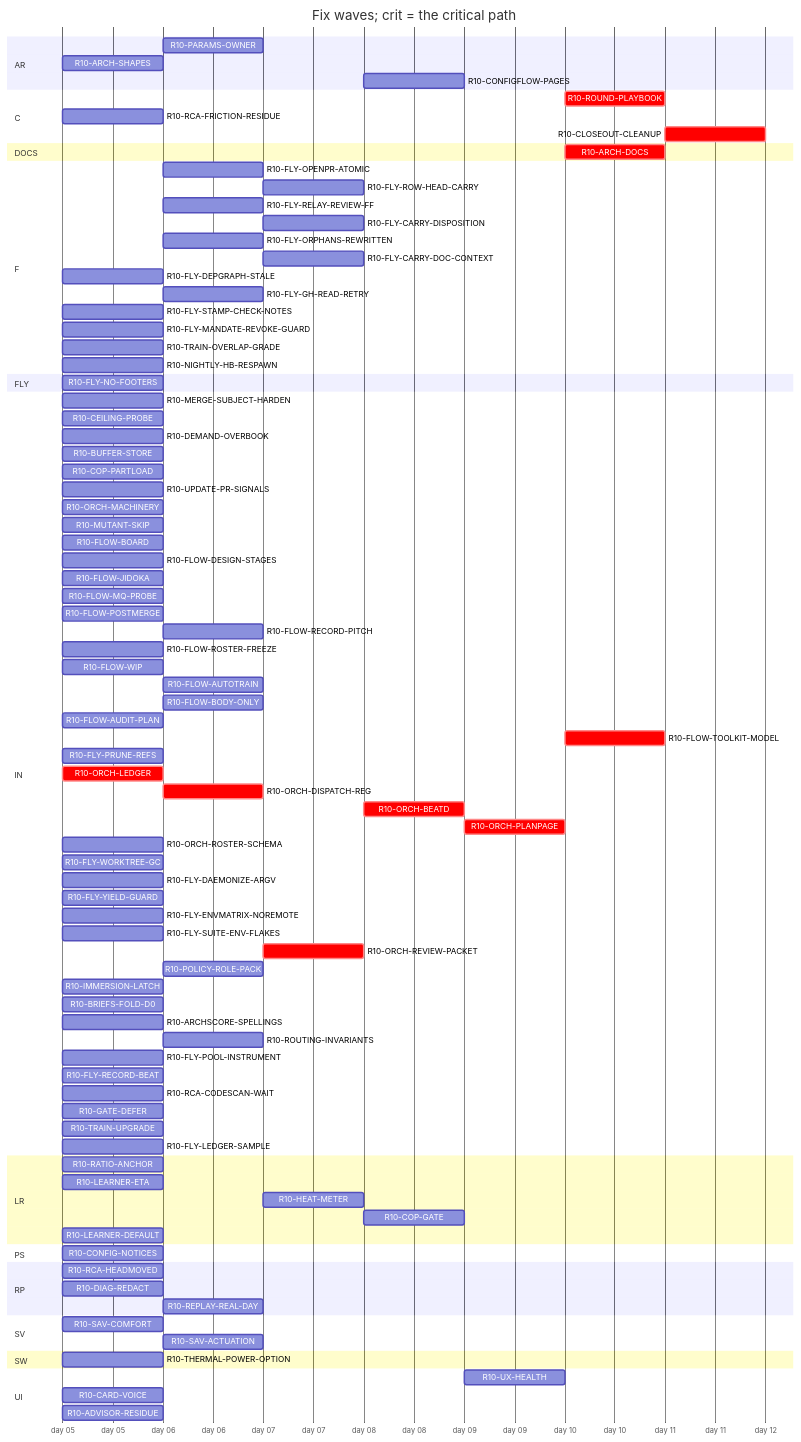
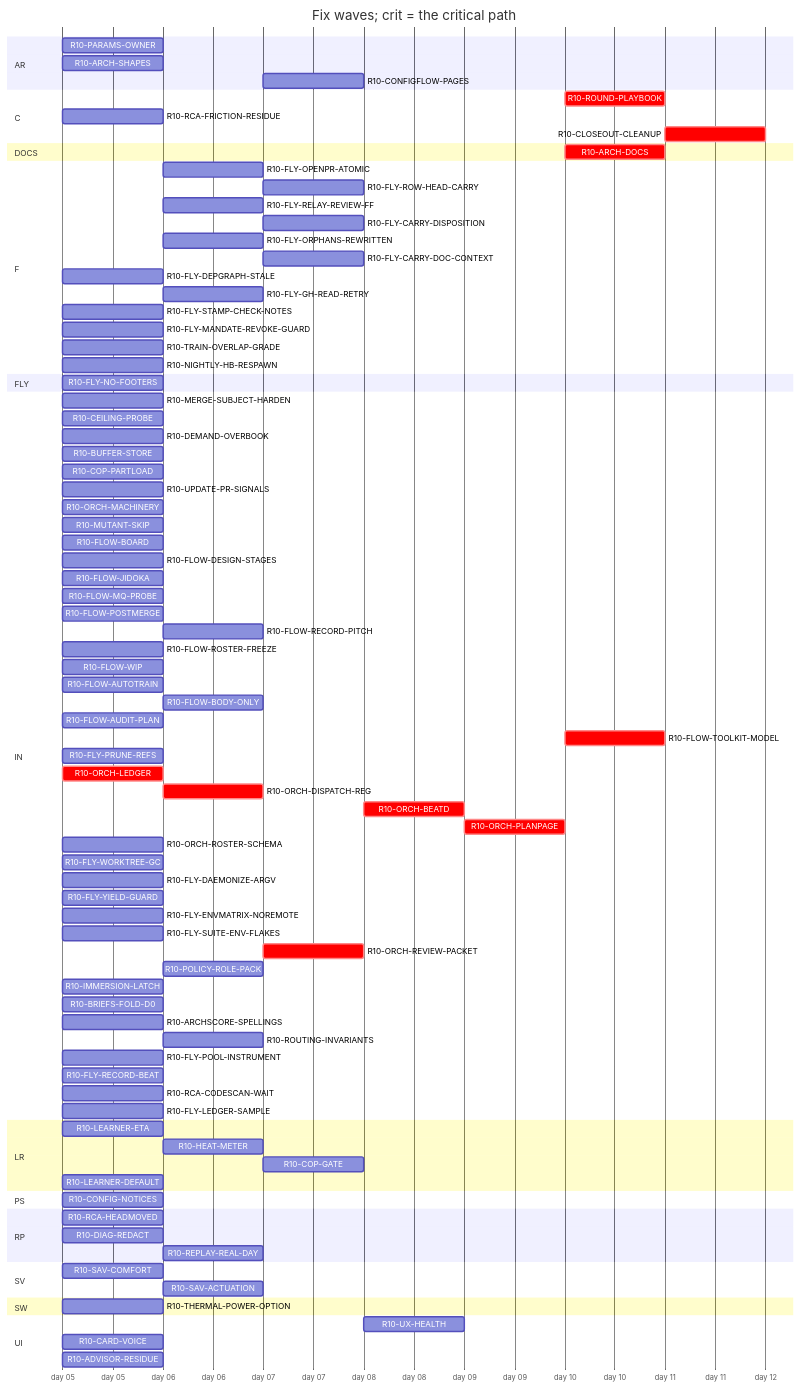
The diagram in handoff/round10/state/PLAN-TABLE.md (tvofi/heatpump_optimizer), drawn with Mermaid before and after one commit. The commit also changed other lines of this file and 2 other files, not shown here.

```diff
--- a/handoff/round10/state/PLAN-TABLE.md
+++ b/handoff/round10/state/PLAN-TABLE.md
@@ -28,7 +28,7 @@
   dateFormat YYYY-MM-DD
   axisFormat day %d
   section AR
-    R10-PARAMS-OWNER :r10PARAMSOWNER, after r10RATIOANCHOR, 1d
+    R10-PARAMS-OWNER :r10PARAMSOWNER, 2026-01-05, 1d
     R10-ARCH-SHAPES :r10ARCHSHAPES, 2026-01-05, 1d
     R10-CONFIGFLOW-PAGES :r10CONFIGFLOWPAGES, after r10HEATMETER, 1d
   section C
@@ -36,7 +36,7 @@
     R10-RCA-FRICTION-RESIDUE :r10RCAFRICTIONRESIDUE, 2026-01-05, 1d
     R10-CLOSEOUT-CLEANUP :crit, r10CLOSEOUTCLEANUP, after r10FLYPRUNEREFS r10FLYWORKTREEGC r10ARCHDOCS r10ROUNDPLAYBOOK, 1d
   section DOCS
-    R10-ARCH-DOCS :crit, r10ARCHDOCS, after r10RATIOANCHOR r10CONFIGNOTICES r10PARAMSOWNER r10ARCHSHAPES r10LEARNERETA r10HEATMETER r10COPGATE r10UXHEALTH r10CONFIGFLOWPAGES r10RCAHEADMOVED r10SAVCOMFORT r10MERGESUBJECTHARDEN r10CEILINGPROBE r10DEMANDOVERBOOK r10BUFFERSTORE r10COPPARTLOAD r10UPDATEPRSIGNALS r10CARDVOICE r10THERMALPOWEROPTION r10LEARNERDEFAULT r10MUTANTSKIP r10FLOWBOARD r10FLOWDESIGNSTAGES r10FLOWJIDOKA r10FLOWMQPROBE r10FLOWPOSTMERGE r10FLOWRECORDPITCH r10FLOWROSTERFREEZE r10FLOWWIP r10FLOWAUTOTRAIN r10FLOWBODYONLY r10FLYOPENPRATOMIC r10FLYROWHEADCARRY r10FLOWAUDITPLAN r10FLYRELAYREVIEWFF r10FLYCARRYDISPOSITION r10FLYORPHANSREWRITTEN r10FLYCARRYDOCCONTEXT r10FLYDEPGRAPHSTALE r10FLOWTOOLKITMODEL r10FLYSTAMPCHECKNOTES r10FLYMANDATEREVOKEGUARD r10RCAFRICTIONRESIDUE r10TRAINOVERLAPGRADE r10NIGHTLYHBRESPAWN r10FLYPRUNEREFS r10ORCHLEDGER r10ORCHDISPATCHREG r10ORCHBEATD r10ORCHPLANPAGE r10ORCHROSTERSCHEMA r10FLYWORKTREEGC r10FLYDAEMONIZEARGV r10FLYYIELDGUARD r10FLYENVMATRIXNOREMOTE r10ORCHREVIEWPACKET r10POLICYROLEPACK r10IMMERSIONLATCH r10DIAGREDACT r10ADVISORRESIDUE r10BRIEFSFOLDD0 r10REPLAYREALDAY r10ARCHSCORESPELLINGS r10ROUTINGINVARIANTS r10SAVACTUATION r10FLYPOOLINSTRUMENT r10FLYRECORDBEAT r10RCACODESCANWAIT r10GATEDEFER r10TRAINUPGRADE r10FLYLEDGERSAMPLE, 1d
+    R10-ARCH-DOCS :crit, r10ARCHDOCS, after r10CONFIGNOTICES r10PARAMSOWNER r10ARCHSHAPES r10LEARNERETA r10HEATMETER r10COPGATE r10UXHEALTH r10CONFIGFLOWPAGES r10RCAHEADMOVED r10SAVCOMFORT r10MERGESUBJECTHARDEN r10CEILINGPROBE r10DEMANDOVERBOOK r10BUFFERSTORE r10COPPARTLOAD r10UPDATEPRSIGNALS r10CARDVOICE r10THERMALPOWEROPTION r10LEARNERDEFAULT r10MUTANTSKIP r10FLOWBOARD r10FLOWDESIGNSTAGES r10FLOWJIDOKA r10FLOWMQPROBE r10FLOWPOSTMERGE r10FLOWRECORDPITCH r10FLOWROSTERFREEZE r10FLOWWIP r10FLOWAUTOTRAIN r10FLOWBODYONLY r10FLYOPENPRATOMIC r10FLYROWHEADCARRY r10FLOWAUDITPLAN r10FLYRELAYREVIEWFF r10FLYCARRYDISPOSITION r10FLYORPHANSREWRITTEN r10FLYCARRYDOCCONTEXT r10FLYDEPGRAPHSTALE r10FLOWTOOLKITMODEL r10FLYSTAMPCHECKNOTES r10FLYMANDATEREVOKEGUARD r10RCAFRICTIONRESIDUE r10TRAINOVERLAPGRADE r10NIGHTLYHBRESPAWN r10FLYPRUNEREFS r10ORCHLEDGER r10ORCHDISPATCHREG r10ORCHBEATD r10ORCHPLANPAGE r10ORCHROSTERSCHEMA r10FLYWORKTREEGC r10FLYDAEMONIZEARGV r10FLYYIELDGUARD r10FLYENVMATRIXNOREMOTE r10ORCHREVIEWPACKET r10POLICYROLEPACK r10IMMERSIONLATCH r10DIAGREDACT r10ADVISORRESIDUE r10BRIEFSFOLDD0 r10REPLAYREALDAY r10ARCHSCORESPELLINGS r10ROUTINGINVARIANTS r10SAVACTUATION r10FLYPOOLINSTRUMENT r10FLYRECORDBEAT r10RCACODESCANWAIT r10FLYLEDGERSAMPLE, 1d
   section F
     R10-FLY-OPENPR-ATOMIC :r10FLYOPENPRATOMIC, after r10UPDATEPRSIGNALS, 1d
     R10-FLY-ROW-HEAD-CARRY :r10FLYROWHEADCARRY, after r10FLYOPENPRATOMIC r10FLOWMQPROBE, 1d
@@ -69,7 +69,7 @@
     R10-FLOW-RECORD-PITCH :r10FLOWRECORDPITCH, after r10FLOWMQPROBE, 1d
     R10-FLOW-ROSTER-FREEZE :r10FLOWROSTERFREEZE, 2026-01-05, 1d
     R10-FLOW-WIP :r10FLOWWIP, 2026-01-05, 1d
-    R10-FLOW-AUTOTRAIN :r10FLOWAUTOTRAIN, after r10TRAINUPGRADE, 1d
+    R10-FLOW-AUTOTRAIN :r10FLOWAUTOTRAIN, 2026-01-05, 1d
     R10-FLOW-BODY-ONLY :r10FLOWBODYONLY, after r10UPDATEPRSIGNALS, 1d
     R10-FLOW-AUDIT-PLAN :r10FLOWAUDITPLAN, 2026-01-05, 1d
     R10-FLOW-TOOLKIT-MODEL :crit, r10FLOWTOOLKITMODEL, after r10ORCHPLANPAGE, 1d
@@ -93,13 +93,10 @@
     R10-FLY-POOL-INSTRUMENT :r10FLYPOOLINSTRUMENT, 2026-01-05, 1d
     R10-FLY-RECORD-BEAT :r10FLYRECORDBEAT, 2026-01-05, 1d
     R10-RCA-CODESCAN-WAIT :r10RCACODESCANWAIT, 2026-01-05, 1d
-    R10-GATE-DEFER :r10GATEDEFER, 2026-01-05, 1d
-    R10-TRAIN-UPGRADE :r10TRAINUPGRADE, 2026-01-05, 1d
     R10-FLY-LEDGER-SAMPLE :r10FLYLEDGERSAMPLE, 2026-01-05, 1d
   section LR
-    R10-RATIO-ANCHOR :r10RATIOANCHOR, 2026-01-05, 1d
     R10-LEARNER-ETA :r10LEARNERETA, 2026-01-05, 1d
-    R10-HEAT-METER :r10HEATMETER, after r10LEARNERETA r10RATIOANCHOR r10PARAMSOWNER r10ARCHSHAPES r10THERMALPOWEROPTION, 1d
+    R10-HEAT-METER :r10HEATMETER, after r10LEARNERETA r10PARAMSOWNER r10ARCHSHAPES r10THERMALPOWEROPTION, 1d
     R10-COP-GATE :r10COPGATE, after r10HEATMETER, 1d
     R10-LEARNER-DEFAULT :r10LEARNERDEFAULT, 2026-01-05, 1d
   section PS
```
